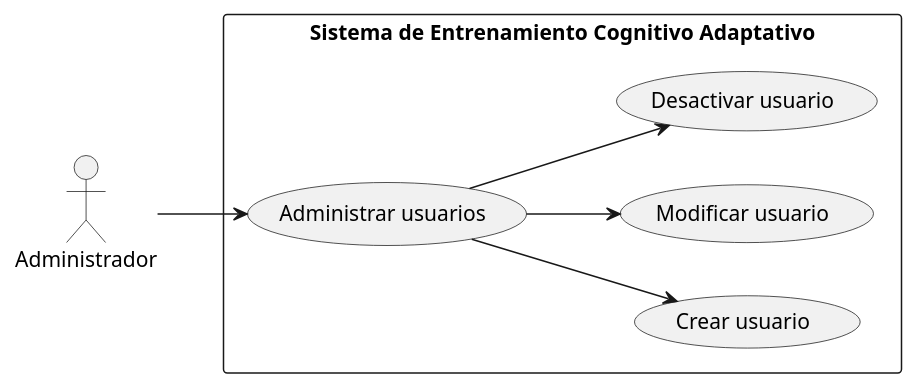
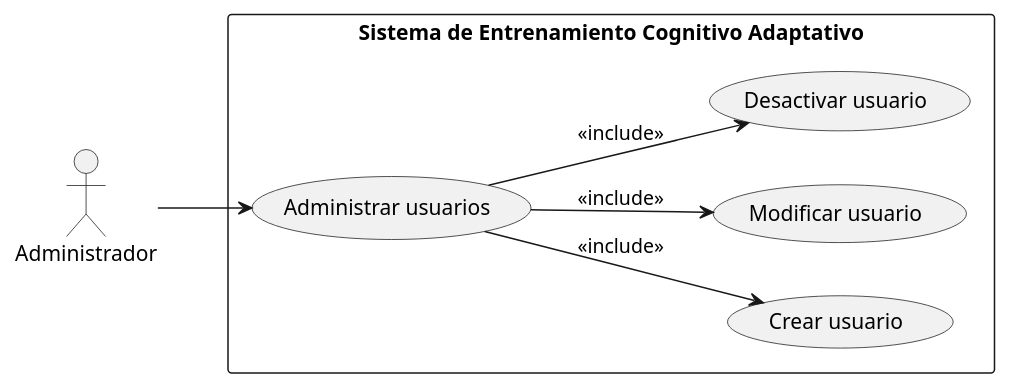
Before and after one commit to Agustinagnz/sistema-entrenamiento-cognitivo: the diagram in 02_CASOS_DE_USO/uml/cu-05-administrar-usuarios.puml, drawn with PlantUML. The commit also changed 5 other files, not shown here.

Commit message:
docs: actualizar diagramas de casos de uso

```diff
--- a/02_CASOS_DE_USO/uml/cu-05-administrar-usuarios.puml
+++ b/02_CASOS_DE_USO/uml/cu-05-administrar-usuarios.puml
@@ -1,19 +1,19 @@
 @startuml
 left to right direction
 
 actor "Administrador" as Admin
 
 rectangle "Sistema de Entrenamiento Cognitivo Adaptativo" {
 
   usecase "Administrar usuarios" as CU5
   usecase "Crear usuario" as UC1
   usecase "Modificar usuario" as UC2
   usecase "Desactivar usuario" as UC3
 
-  CU5 --> UC1 
-  CU5 --> UC2 
-  CU5 --> UC3 
-
+  CU5 --> UC1 : <<include>>
+  CU5 --> UC2 : <<include>>
+  CU5 --> UC3 : <<include>>
+}
 Admin --> CU5
 
 @enduml
```
